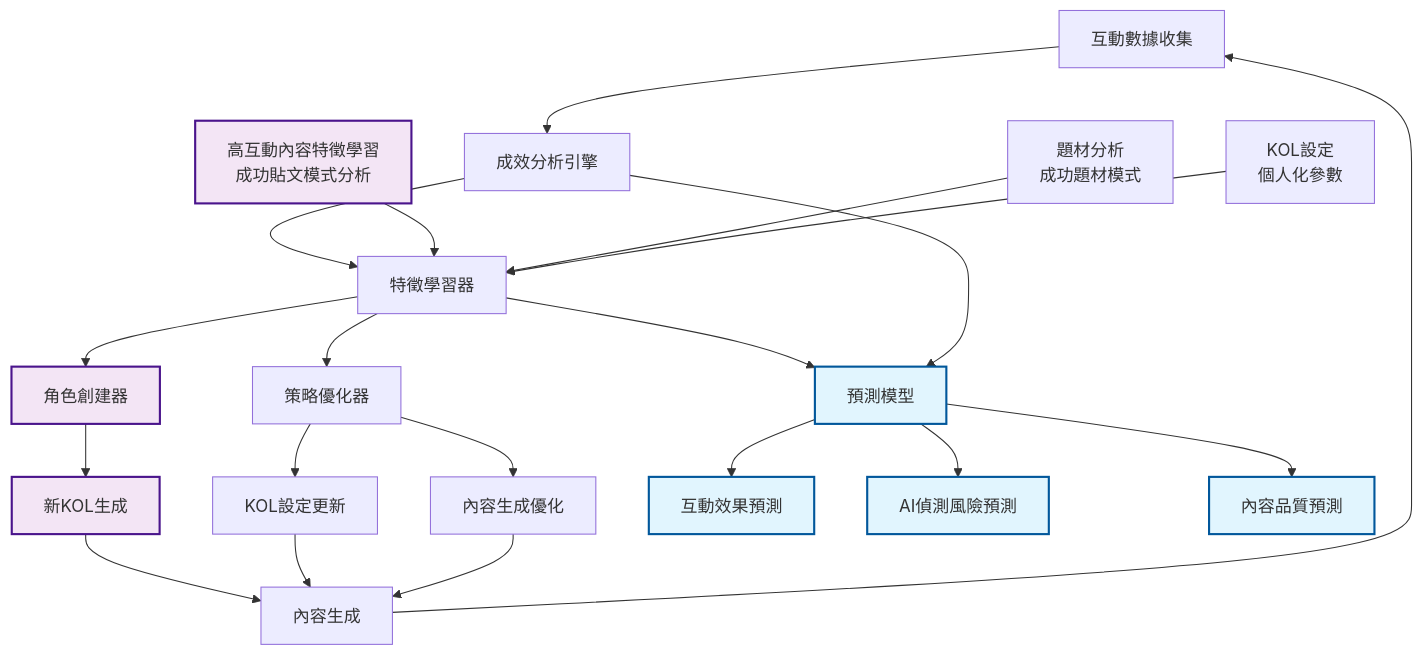
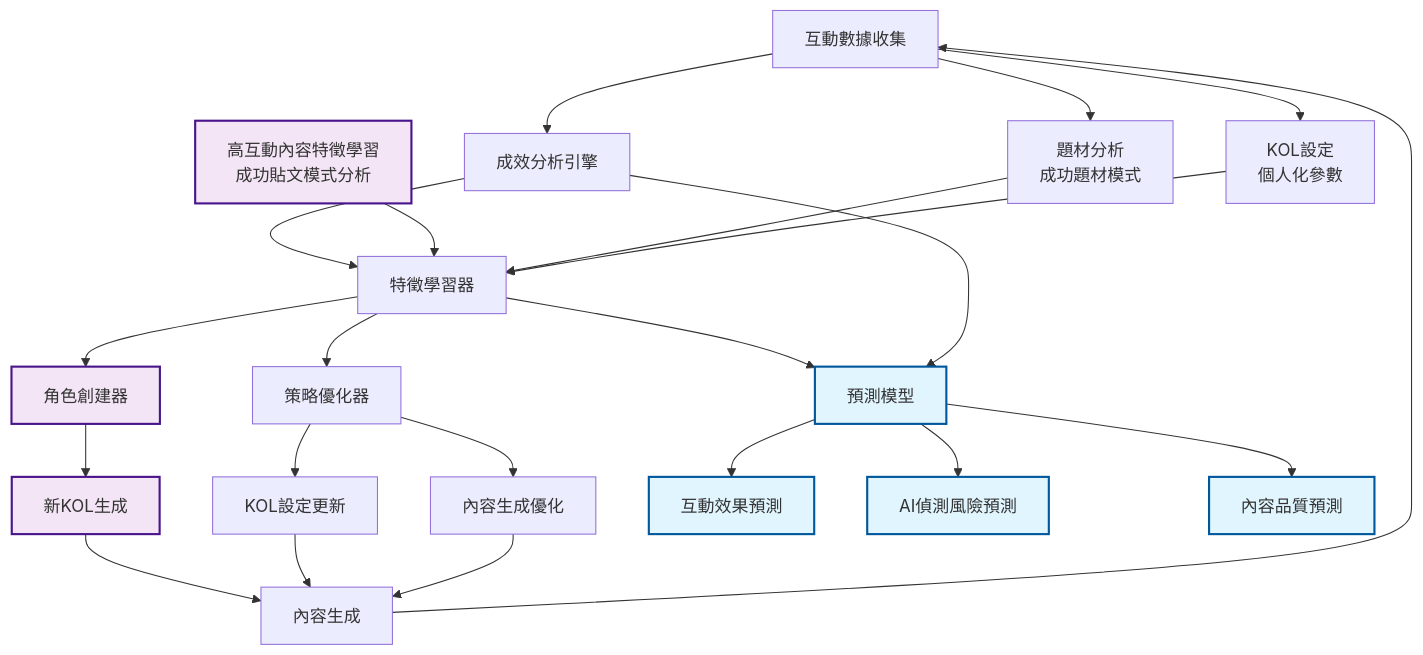
The diagram in gitbook-docs/4-AI自我學習/4.8-AI自我學習機制完整簡報-wireframe.md (hihihowru/forum_autoposter), drawn with Mermaid before and after one commit.

Commit message:
修正架構圖：互動數據收集增加箭頭指向題材分析和KOL設定，反映數據來源

````diff
--- a/gitbook-docs/4-AI自我學習/4.8-AI自我學習機制完整簡報-wireframe.md
+++ b/gitbook-docs/4-AI自我學習/4.8-AI自我學習機制完整簡報-wireframe.md
@@ -12,35 +12,37 @@
 ```mermaid
 graph TD
     A[互動數據收集] --> B[成效分析引擎]
+    A --> F[題材分析<br/>成功題材模式]
+    A --> G[KOL設定<br/>個人化參數]
     B --> C[特徵學習器]
     
     D[高互動內容特徵學習<br/>成功貼文模式分析] --> C
-    F[題材分析<br/>成功題材模式] --> C
-    G[KOL設定<br/>個人化參數] --> C
+    F --> C
+    G --> C
     
     C --> I[角色創建器]
     C --> J[策略優化器]
     
     I --> K[新KOL生成]
     J --> L[KOL設定更新]
     J --> M[內容生成優化]
     
     K --> N[內容生成]
     L --> N
     M --> N
     N --> A
     
     O[預測模型] --> P[互動效果預測]
     O --> Q[AI偵測風險預測]
     O --> R[內容品質預測]
     
     C --> O
     B --> O
     
     classDef roadmap1 fill:#e1f5fe,stroke:#01579b,stroke-width:2px
     classDef roadmap2 fill:#f3e5f5,stroke:#4a148c,stroke-width:2px
     classDef roadmap3 fill:#e8f5e8,stroke:#1b5e20,stroke-width:2px
     
     class O,P,Q,R roadmap1
     class D,I,K roadmap2
 ```
````
